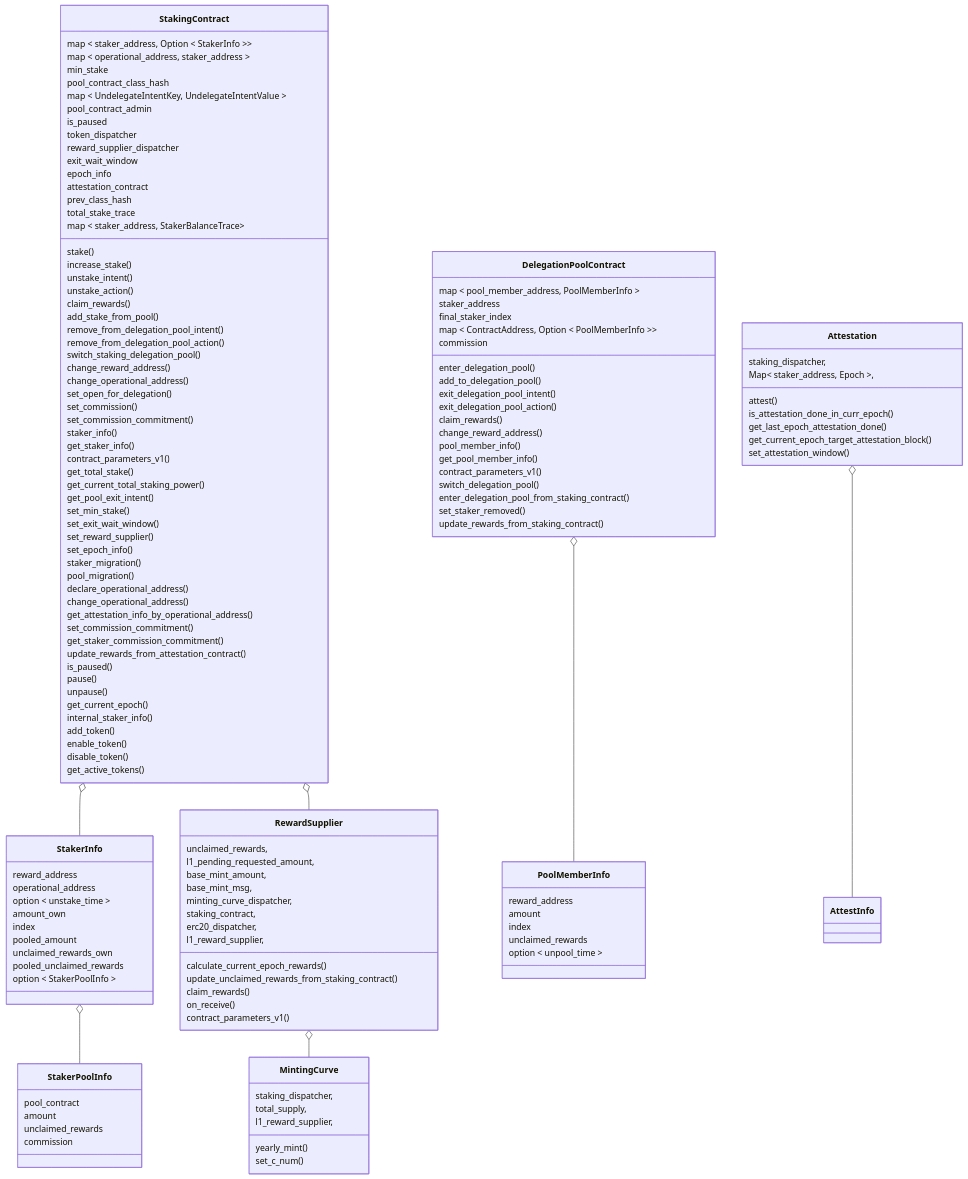
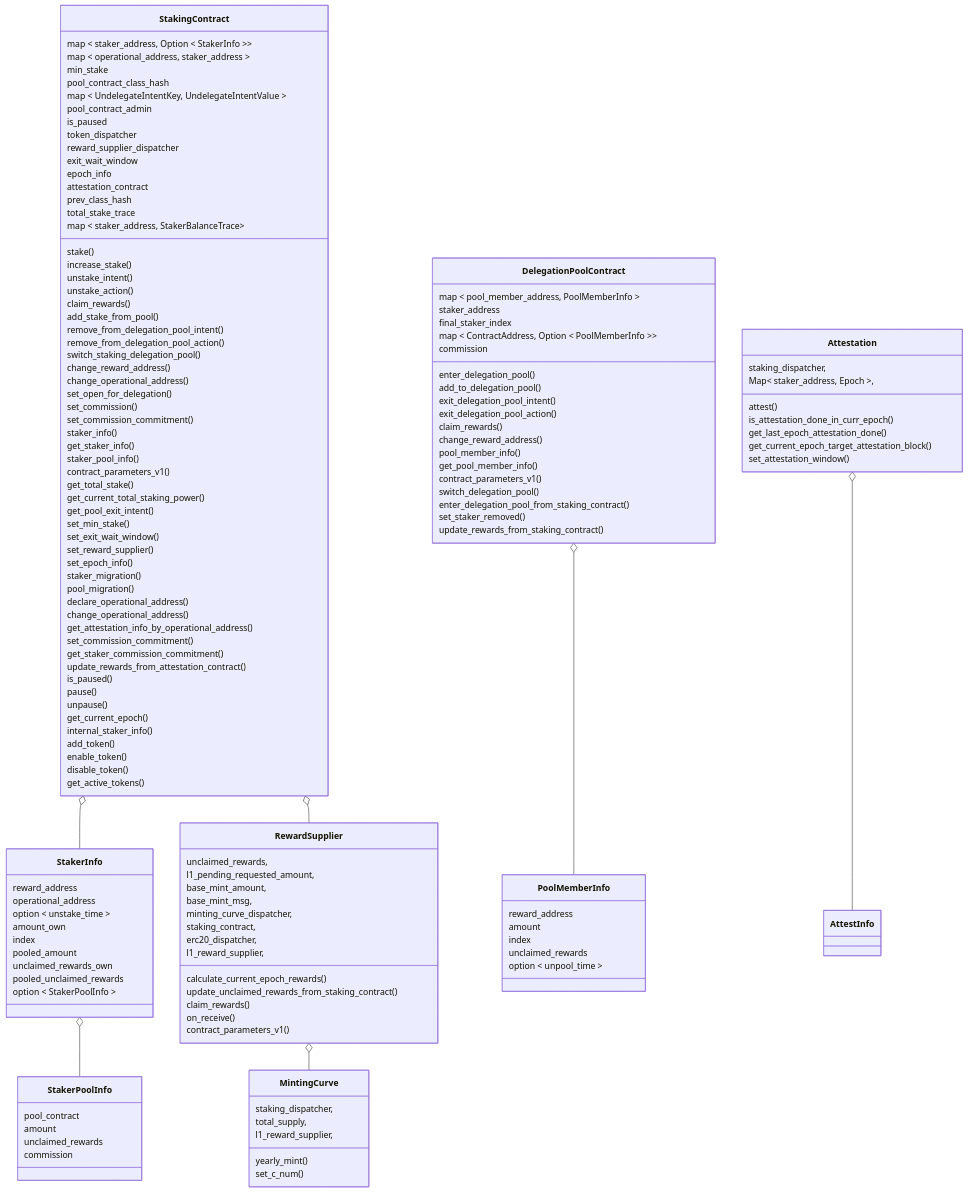
One commit to starkware-libs/starknet-staking changed the first of 8 diagrams in workspace/apps/staking/docs/spec.md. Above: the diagram before and after it, drawn with Mermaid. The commit also changed other lines of this file and 3 other files, not shown here.

Commit message:
feat(staking): staker pool info view function (#4477)

```diff
--- a/workspace/apps/staking/docs/spec.md
+++ b/workspace/apps/staking/docs/spec.md
@@ -276,6 +279,7 @@
     set_commission_commitment()
     staker_info()
     get_staker_info()
+    staker_pool_info()
     contract_parameters_v1()
     get_total_stake()
     get_current_total_staking_power()
```
